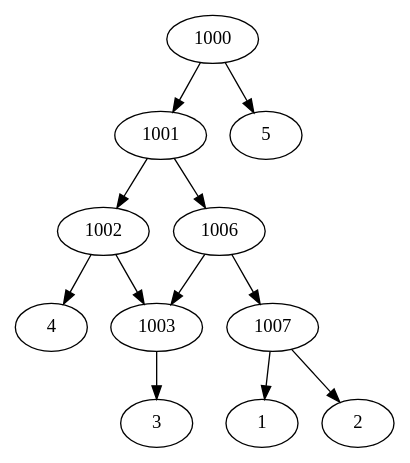
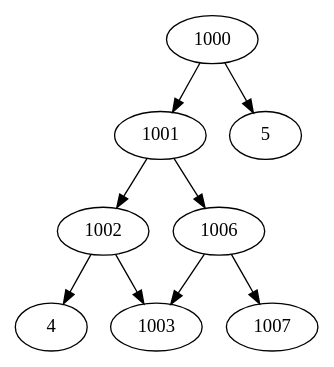
Before and after one commit to iharnoor/PhylogeneticsWebsite: the diagram in ParsingTxt/upload.dot, drawn with Graphviz. The commit also changed 7 other files, not shown here.

```diff
--- a/ParsingTxt/upload.dot
+++ b/ParsingTxt/upload.dot
@@ -1,14 +1,10 @@
 strict digraph G1 {
 1000 -> 1001
 1000 -> 5
 1001 -> 1002
 1001 -> 1006
 1002 -> 1003
 1002 -> 4
-1003 -> 3
 1006 -> 1007
 1006 -> 1003
-1007 -> 1
-1007 -> 2
-1003 -> 3
 }
```
